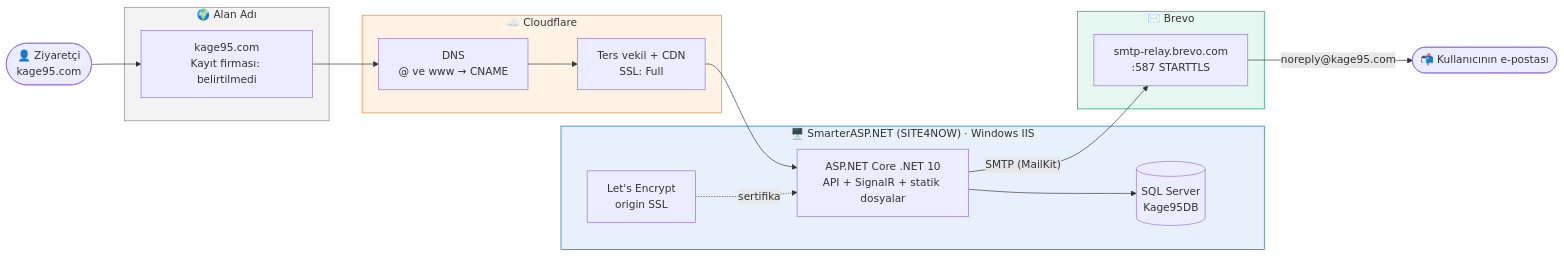
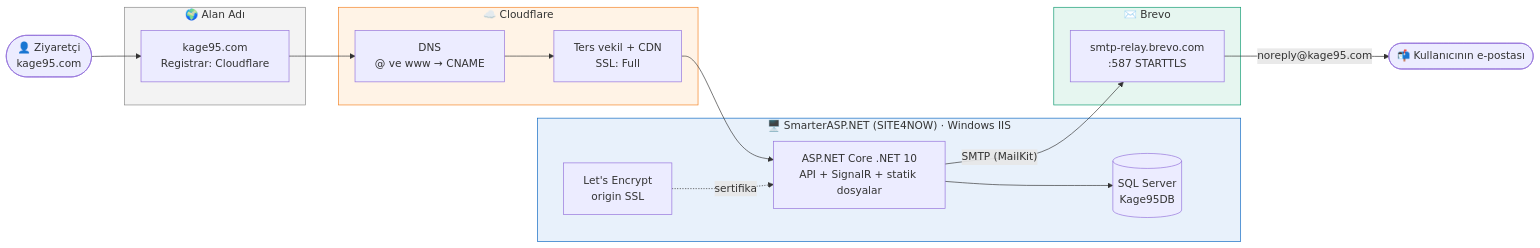
One commit to jagwey/manga-web changed the second of 6 diagrams in README.md. Above: the diagram before and after it, drawn with Mermaid. The commit also changed other lines of this file and 5 other files, not shown here.

````diff
--- a/README.md
+++ b/README.md
@@ -117,34 +117,34 @@
 ```mermaid
 flowchart LR
     U(["👤 Ziyaretçi<br/>kage95.com"])
 
     subgraph REG["🌍 Alan Adı"]
-        DOM["kage95.com<br/>Kayıt firması: belirtilmedi"]
+        DOM["kage95.com<br/>Registrar: Cloudflare"]
     end
 
     subgraph CFG["☁️ Cloudflare"]
         DNS["DNS<br/>@ ve www → CNAME"]
         PROXY["Ters vekil + CDN<br/>SSL: Full"]
     end
 
     subgraph HOST["🖥️ SmarterASP.NET (SITE4NOW) · Windows IIS"]
         APP["ASP.NET Core .NET 10<br/>API + SignalR + statik dosyalar"]
         SQL[("SQL Server<br/>Kage95DB")]
         LE["Let's Encrypt<br/>origin SSL"]
     end
 
     subgraph MAIL["✉️ Brevo"]
         SMTP["smtp-relay.brevo.com<br/>:587 STARTTLS"]
     end
 
     U --> DOM --> DNS --> PROXY --> APP
     APP --> SQL
     LE -.sertifika.-> APP
     APP -- "SMTP (MailKit)" --> SMTP
     SMTP -- "noreply@kage95.com" --> INBOX(["📬 Kullanıcının e-postası"])
 
     style CFG fill:#fff3e6,stroke:#F38020
     style HOST fill:#e8f1fb,stroke:#0A66C2
     style MAIL fill:#e6f6f0,stroke:#0B996E
     style REG fill:#f3f3f3,stroke:#888
 ```
````
